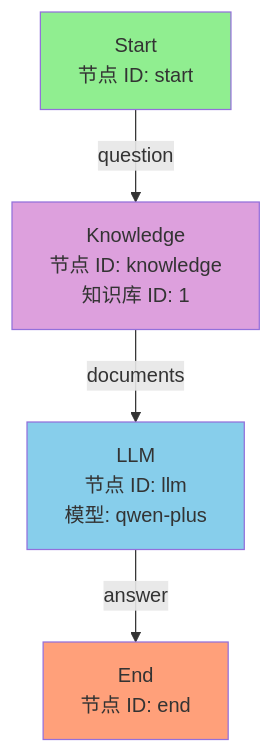
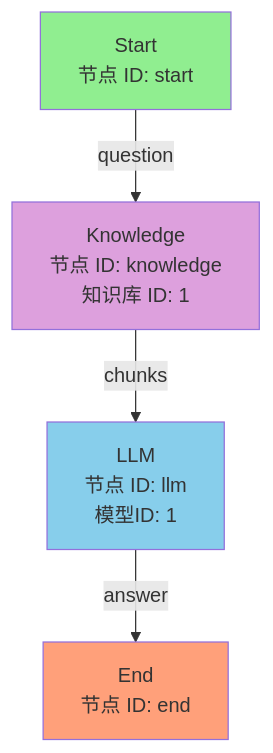
One commit to iusofts/agent-plus changed the second of 5 diagrams in doc/test/测试流程图.md. Above: the diagram before and after it, drawn with Mermaid. The commit also changed other lines of this file and 3 other files, not shown here.

````diff
--- a/doc/test/测试流程图.md
+++ b/doc/test/测试流程图.md
@@ -85,11 +85,11 @@
 ```mermaid
 graph TD
     A[Start<br/>节点 ID: start] -->|question| B[Knowledge<br/>节点 ID: knowledge<br/>知识库 ID: 1]
-    B -->|documents| C[LLM<br/>节点 ID: llm<br/>模型: qwen-plus]
+    B -->|chunks| C[LLM<br/>节点 ID: llm<br/>模型ID: 1]
     C -->|answer| D[End<br/>节点 ID: end]
 
     style A fill:#90EE90
     style B fill:#DDA0DD
     style C fill:#87CEEB
     style D fill:#FFA07A
 ```
````
